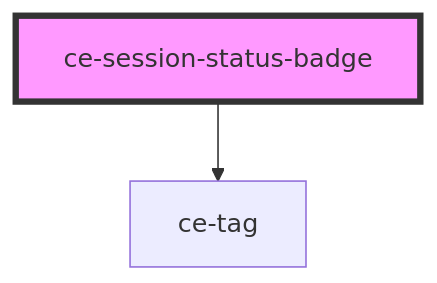
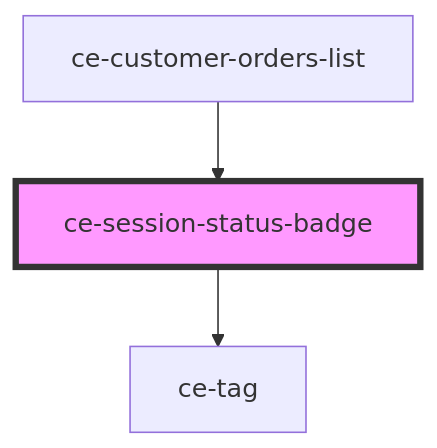
Before and after one commit to surecart/surecart-wp-plugin: the diagram in packages/components/src/components/ui/session-status-badge/readme.md, drawn with Mermaid. The commit also changed other lines of this file and 241 other files, not shown here.

````diff
--- a/packages/components/src/components/ui/session-status-badge/readme.md
+++ b/packages/components/src/components/ui/session-status-badge/readme.md
@@ -25,5 +29,6 @@
 ```mermaid
 graph TD;
   ce-session-status-badge --> ce-tag
+  ce-customer-orders-list --> ce-session-status-badge
   style ce-session-status-badge fill:#f9f,stroke:#333,stroke-width:4px
 ```
````
